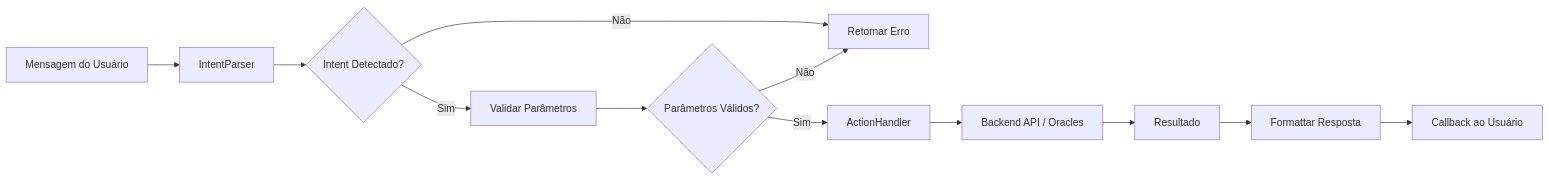
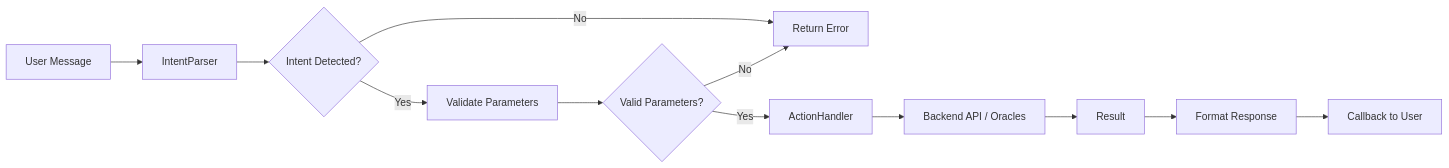
Before and after one commit to Dione-b/StreamPay-AI: the diagram in streampay-eliza/ELIZAOS_INTEGRATION.md, drawn with Mermaid. The commit also changed other lines of this file and 15 other files, not shown here.

````diff
--- a/streampay-eliza/ELIZAOS_INTEGRATION.md
+++ b/streampay-eliza/ELIZAOS_INTEGRATION.md
@@ -172,14 +172,14 @@
 ```mermaid
 graph LR
-    A["Mensagem do Usuário"] --> B["IntentParser"]
-    B --> C{"Intent Detectado?"}
-    C -->|Sim| D["Validar Parâmetros"]
-    C -->|Não| E["Retornar Erro"]
-    D --> F{"Parâmetros Válidos?"}
-    F -->|Sim| G["ActionHandler"]
-    F -->|Não| E
+    A["User Message"] --> B["IntentParser"]
+    B --> C{"Intent Detected?"}
+    C -->|Yes| D["Validate Parameters"]
+    C -->|No| E["Return Error"]
+    D --> F{"Valid Parameters?"}
+    F -->|Yes| G["ActionHandler"]
+    F -->|No| E
     G --> H["Backend API / Oracles"]
-    H --> I["Resultado"]
-    I --> J["Formattar Resposta"]
-    J --> K["Callback ao Usuário"]
+    H --> I["Result"]
+    I --> J["Format Response"]
+    J --> K["Callback to User"]
 ```
````
